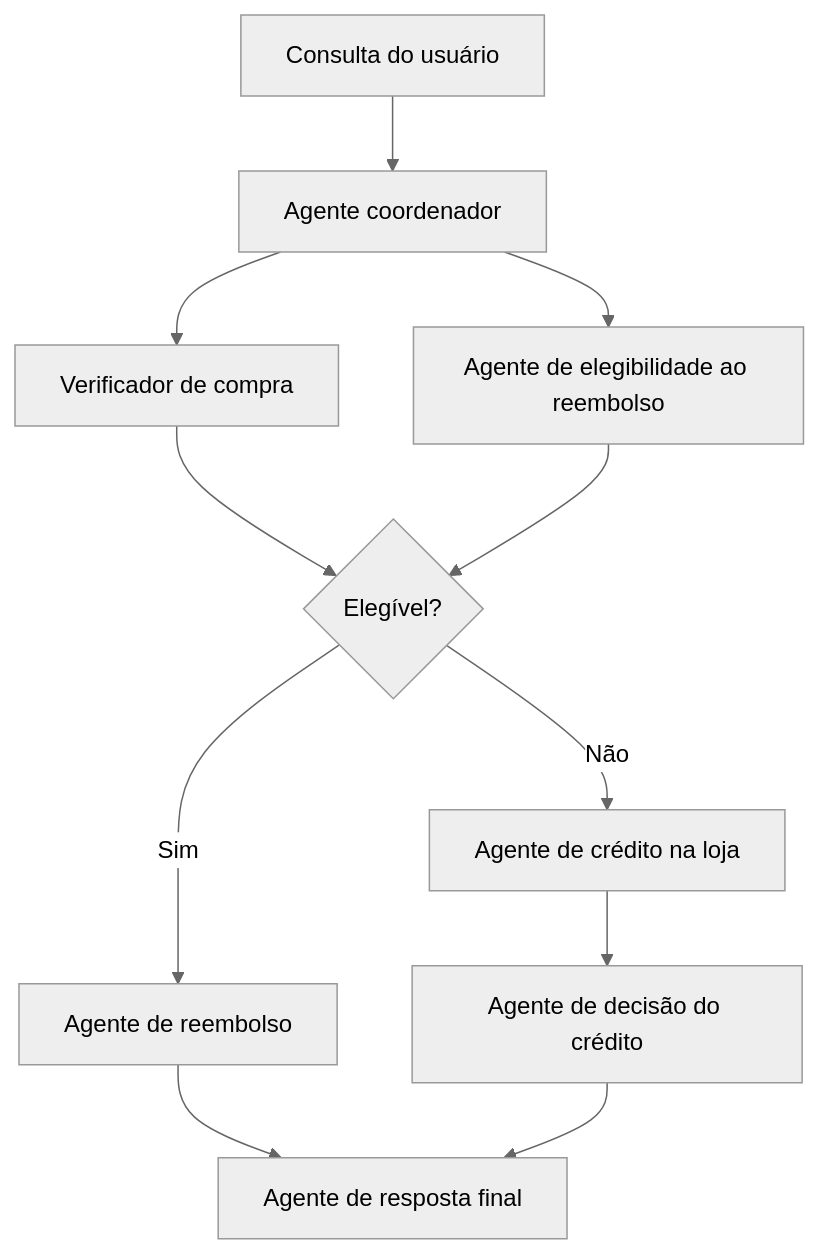
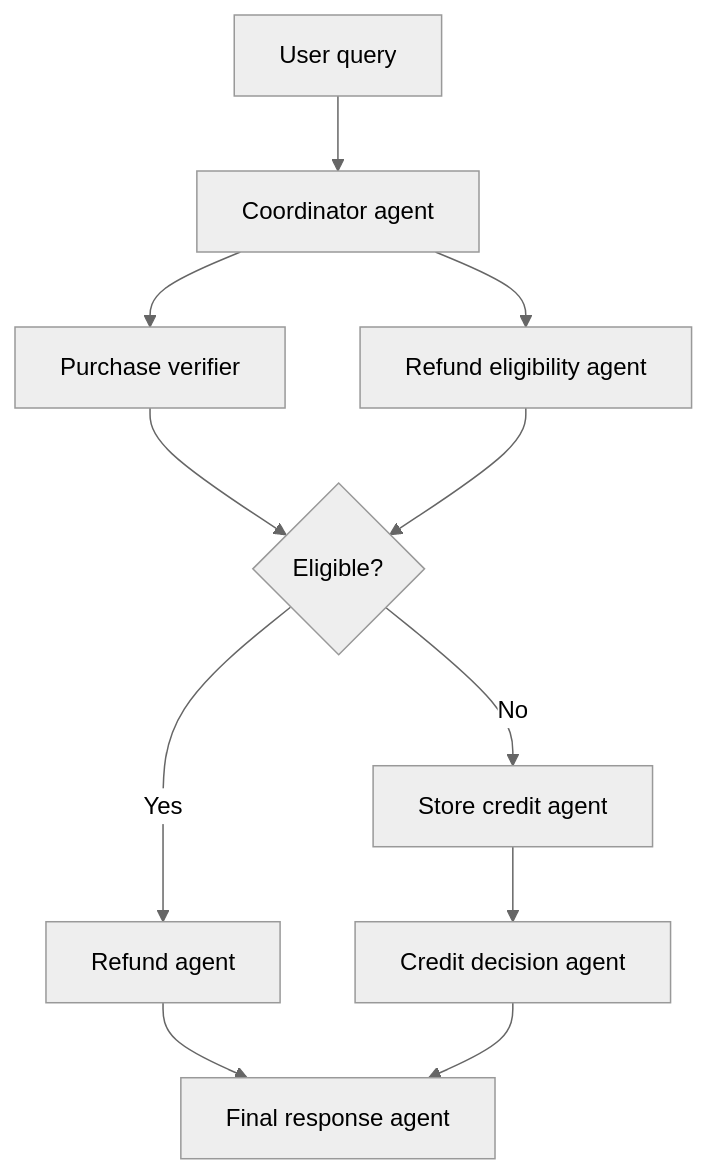
Before and after one commit to alancesar/design-patterns: the diagram in docs/ai/agentic-ai/special-requirements/custom-logic.md, drawn with Mermaid (neutral theme). The commit also changed 258 other files, not shown here.

First line of the commit message:
Translate Mermaid diagrams to English

````diff
--- a/docs/ai/agentic-ai/special-requirements/custom-logic.md
+++ b/docs/ai/agentic-ai/special-requirements/custom-logic.md
@@ -52,13 +52,13 @@
 ```mermaid
 flowchart TD
-    U["Consulta do usuário"] --> C["Agente coordenador"]
-    C --> P1["Verificador de compra"]
-    C --> P2["Agente de elegibilidade ao reembolso"]
-    P1 --> D{"Elegível?"}
+    U["User query"] --> C["Coordinator agent"]
+    C --> P1["Purchase verifier"]
+    C --> P2["Refund eligibility agent"]
+    P1 --> D{"Eligible?"}
     P2 --> D
-    D -->|"Sim"| R["Agente de reembolso"]
-    D -->|"Não"| K["Agente de crédito na loja"]
-    K --> K2["Agente de decisão do crédito"]
-    R --> F["Agente de resposta final"]
+    D -->|"Yes"| R["Refund agent"]
+    D -->|"No"| K["Store credit agent"]
+    K --> K2["Credit decision agent"]
+    R --> F["Final response agent"]
     K2 --> F
 ```
````
